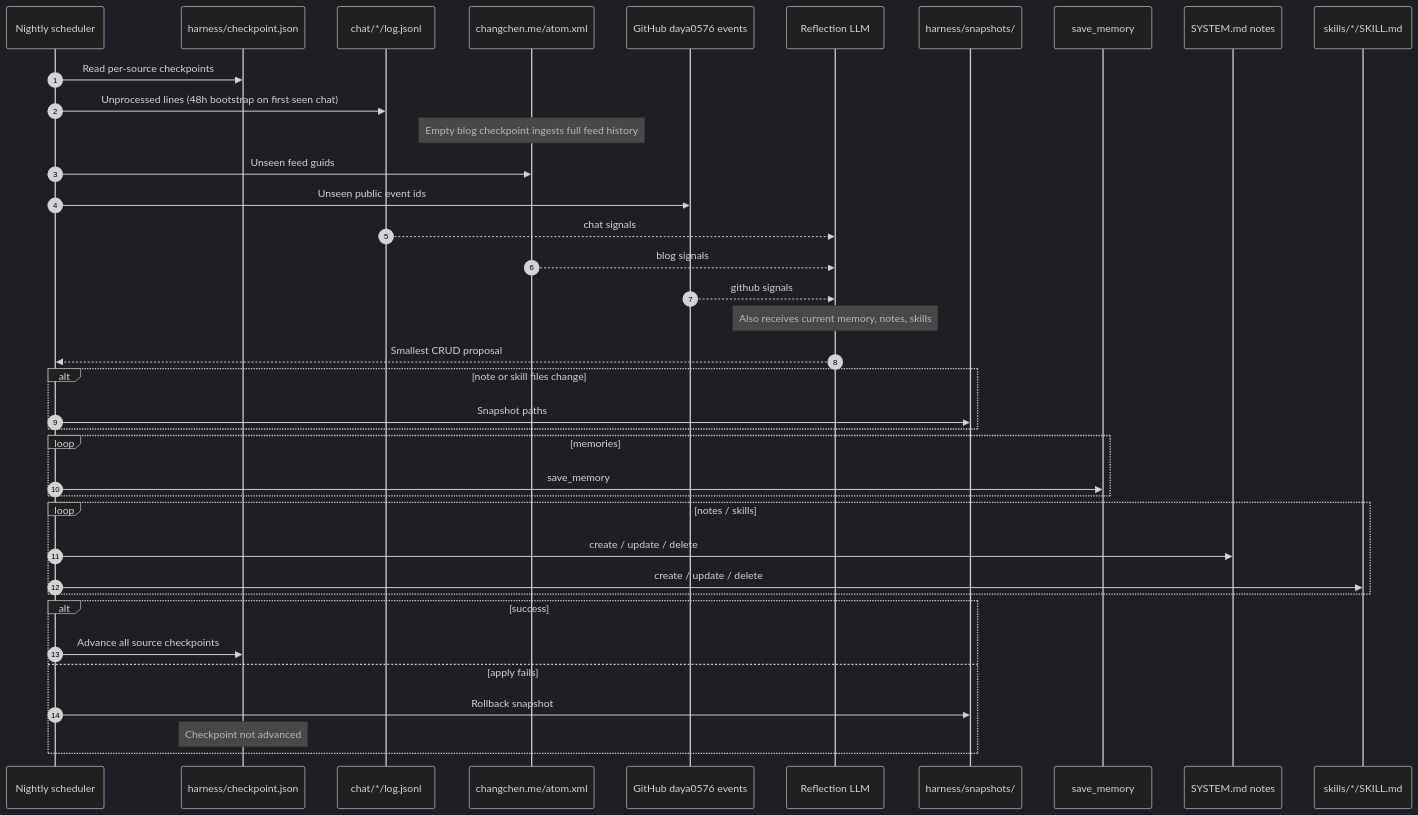
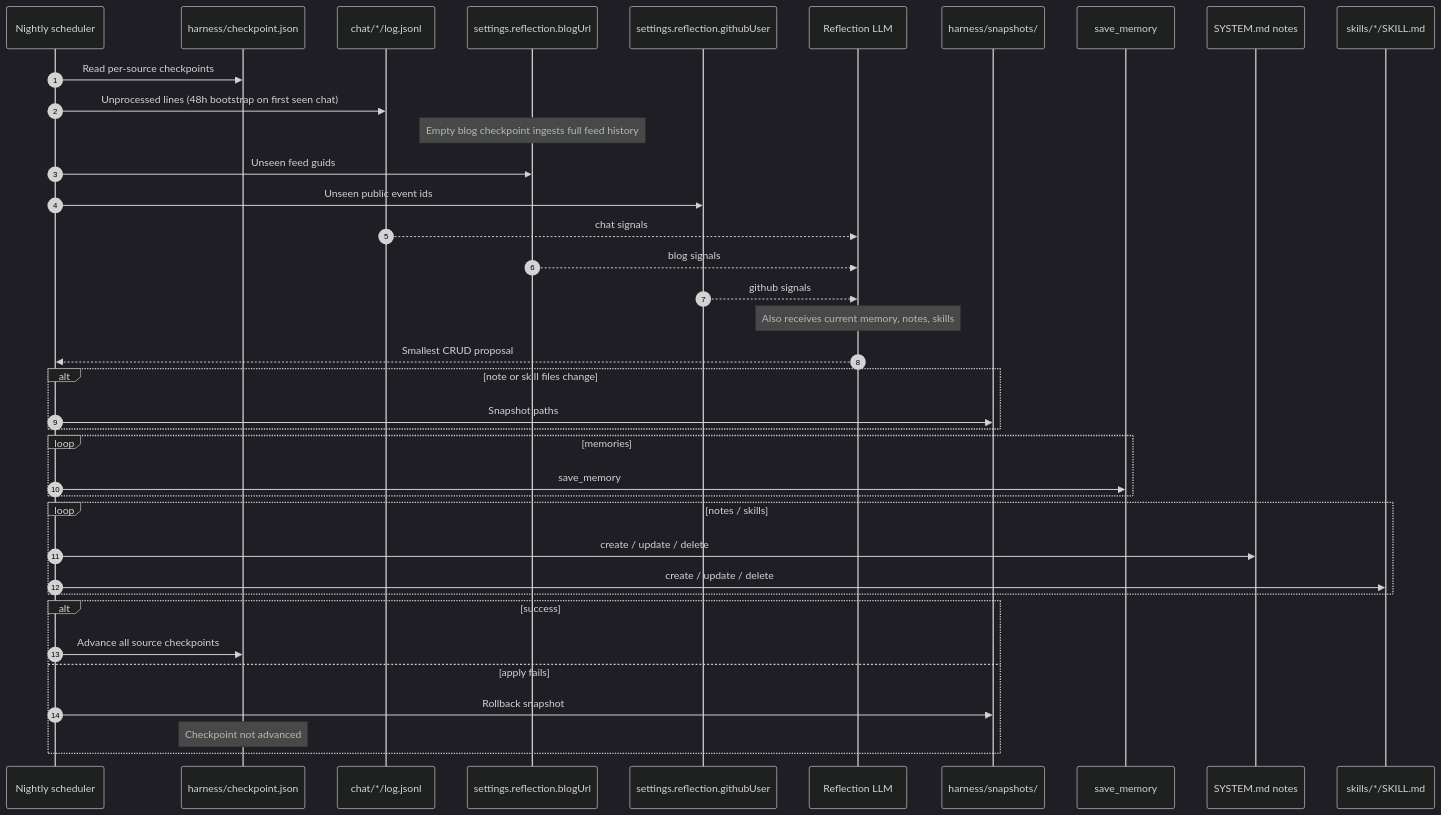
One commit to daya0576/pi-imessage changed the fourth of 4 diagrams in docs/structured-memory-sequence.md. Above: the diagram before and after it, drawn with Mermaid (dark theme). The commit also changed other lines of this file and 4 other files, not shown here.

First line of the commit message:
docs: treat blog and GitHub reflection sources as config

````diff
--- a/docs/structured-memory-sequence.md
+++ b/docs/structured-memory-sequence.md
@@ -112,45 +112,45 @@
 ```mermaid
 sequenceDiagram
     autonumber
     participant C as Nightly scheduler
     participant K as harness/checkpoint.json
     participant Chat as chat/*/log.jsonl
-    participant Blog as changchen.me/atom.xml
-    participant GH as GitHub daya0576 events
+    participant Blog as settings.reflection.blogUrl
+    participant GH as settings.reflection.githubUser
     participant R as Reflection LLM
     participant H as harness/snapshots/
     participant M as save_memory
     participant N as SYSTEM.md notes
     participant S as skills/*/SKILL.md
 
     C->>K: Read per-source checkpoints
     C->>Chat: Unprocessed lines (48h bootstrap on first seen chat)
     Note over Blog: Empty blog checkpoint ingests full feed history
     C->>Blog: Unseen feed guids
     C->>GH: Unseen public event ids
     Chat-->>R: chat signals
     Blog-->>R: blog signals
     GH-->>R: github signals
     Note over R: Also receives current memory, notes, skills
 
     R-->>C: Smallest CRUD proposal
 
     alt note or skill files change
         C->>H: Snapshot paths
     end
 
     loop memories
         C->>M: save_memory
     end
     loop notes / skills
         C->>N: create / update / delete
         C->>S: create / update / delete
     end
 
     alt success
         C->>K: Advance all source checkpoints
     else apply fails
         C->>H: Rollback snapshot
         Note over K: Checkpoint not advanced
     end
 ```
````
